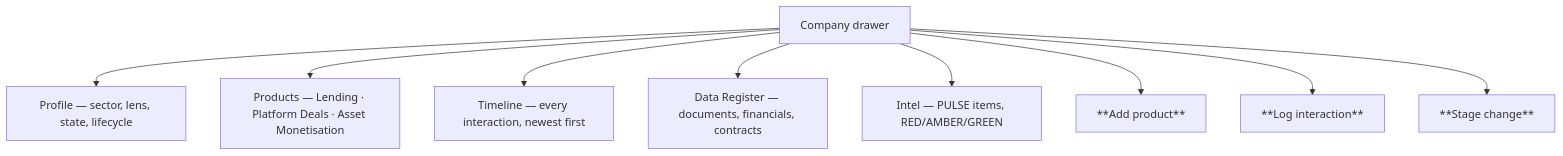
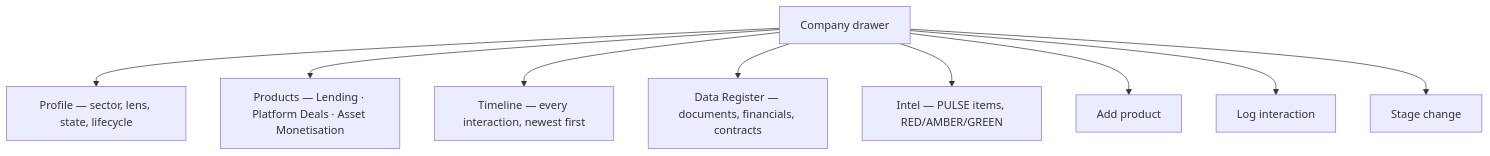
Before and after one commit to shashikanth-vh/vox: the second of 3 diagrams in docs/handbook/11-ATLAS-USAGE.md, drawn with Mermaid. The commit also changed other lines of this file and 11 other files, not shown here.

````diff
--- a/docs/handbook/11-ATLAS-USAGE.md
+++ b/docs/handbook/11-ATLAS-USAGE.md
@@ -61,11 +61,11 @@
 ```mermaid
 flowchart TB
     D["Company drawer"] --> P["Profile — sector, lens, state, lifecycle"]
     D --> PR["Products — Lending · Platform Deals · Asset Monetisation"]
     D --> TL["Timeline — every interaction, newest first"]
     D --> DOC["Data Register — documents, financials, contracts"]
     D --> INT["Intel — PULSE items, RED/AMBER/GREEN"]
-    D --> AP["**Add product**"]
-    D --> LI["**Log interaction**"]
-    D --> SC["**Stage change**"]
+    D --> AP["Add product"]
+    D --> LI["Log interaction"]
+    D --> SC["Stage change"]
 ```
````
